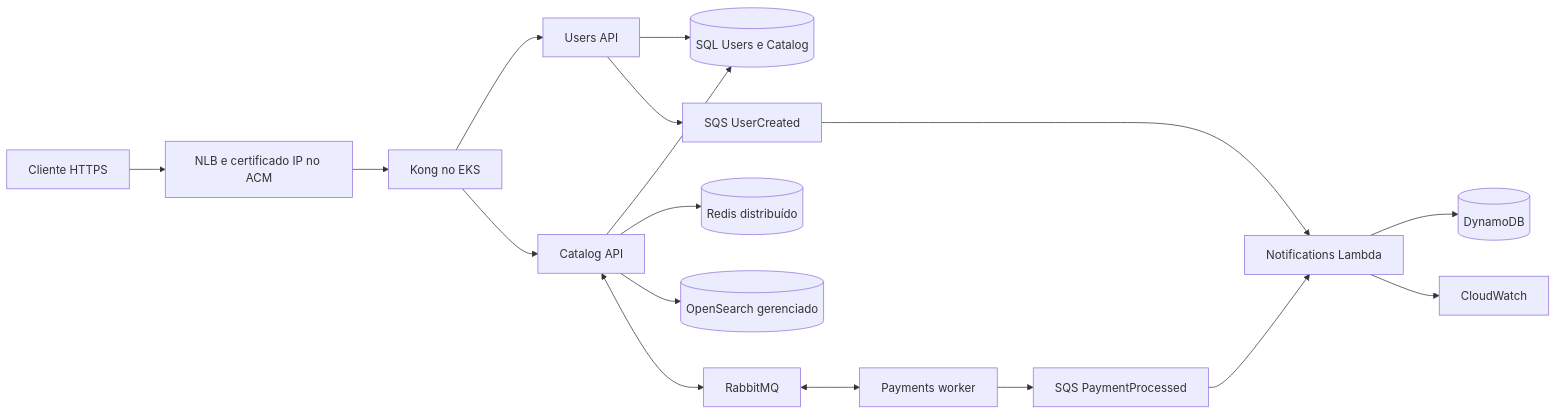
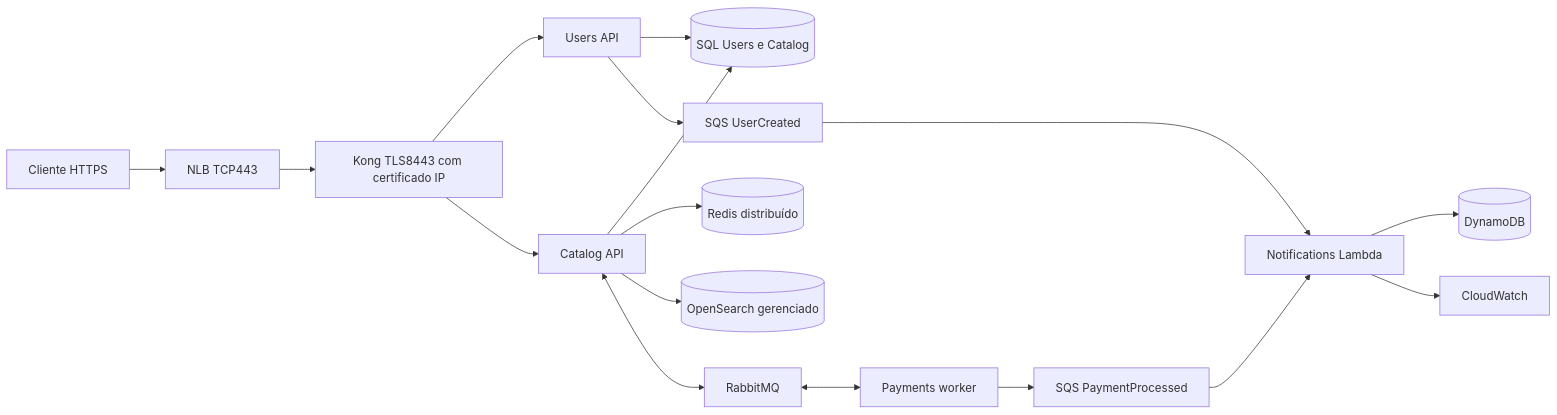
The diagram in docs/CLOUD-OPERACAO.md (arthuurqueirozz/tech-challenge-3-orchestration), drawn with Mermaid before and after one commit. The commit also changed other lines of this file and 4 other files, not shown here.

Commit message:
fix: terminate trusted IP TLS in Kong through NLB TCP passthrough

````diff
--- a/docs/CLOUD-OPERACAO.md
+++ b/docs/CLOUD-OPERACAO.md
@@ -78,19 +78,19 @@
 ```mermaid
 flowchart LR
-  Client[Cliente HTTPS] --> NLB[NLB e certificado IP no ACM]
-  NLB --> Kong[Kong no EKS]
+  Client[Cliente HTTPS] --> NLB[NLB TCP443]
+  NLB --> Kong[Kong TLS8443 com certificado IP]
   Kong --> Users[Users API]
   Kong --> Catalog[Catalog API]
   Users --> SQL[(SQL Users e Catalog)]
   Catalog --> SQL
   Catalog --> Redis[(Redis distribuído)]
   Catalog --> OS[(OpenSearch gerenciado)]
   Catalog <--> Rabbit[RabbitMQ]
   Rabbit <--> Payments[Payments worker]
   Users --> UQ[SQS UserCreated]
   Payments --> PQ[SQS PaymentProcessed]
   UQ --> Lambda[Notifications Lambda]
   PQ --> Lambda
   Lambda --> Dynamo[(DynamoDB)]
   Lambda --> Logs[CloudWatch]
 ```
````
